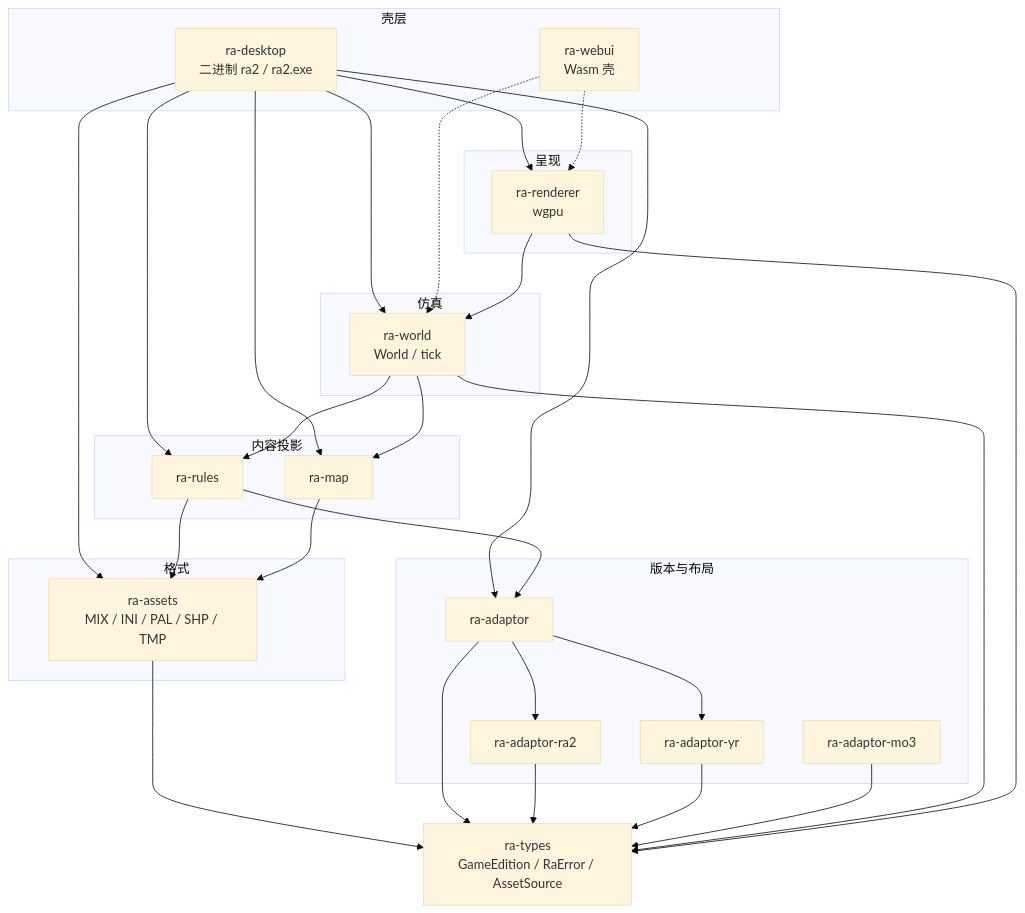
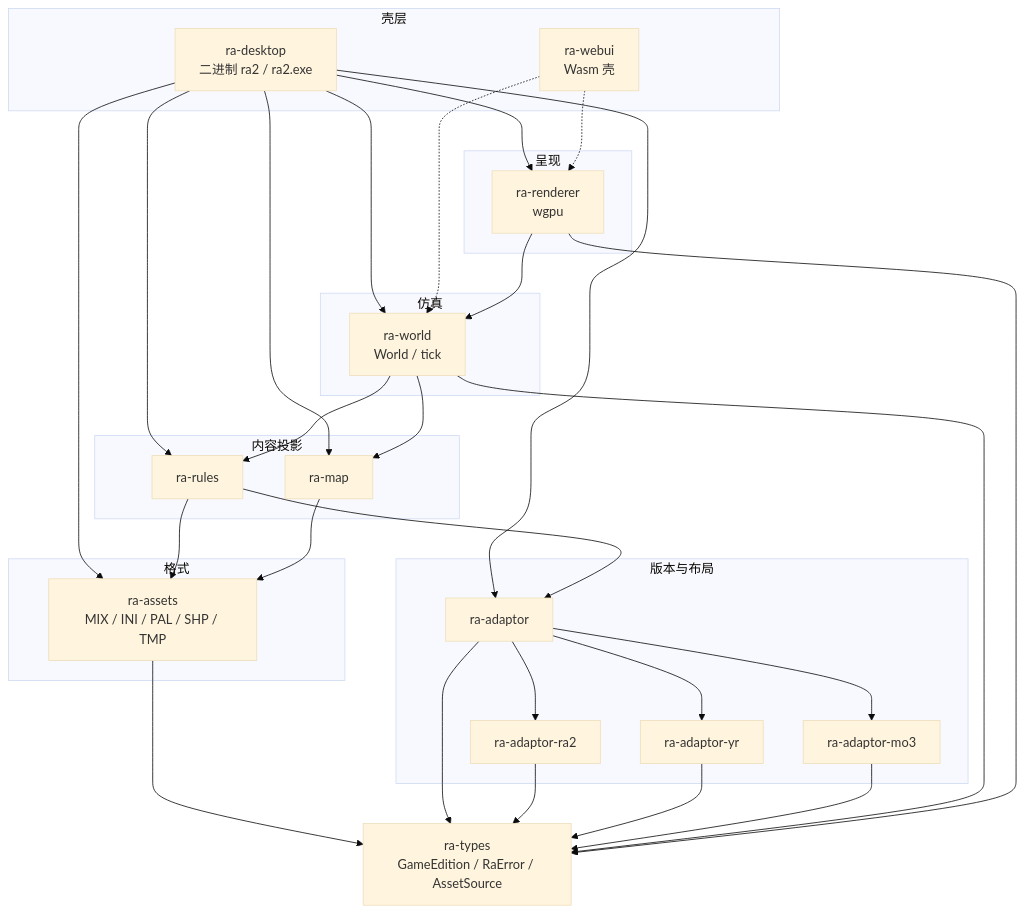
Before and after one commit to rust-alert/ra2.exe: the first of 3 diagrams in readme.md, drawn with Mermaid (base theme). The commit also changed other lines of this file and 12 other files, not shown here.

````diff
--- a/readme.md
+++ b/readme.md
@@ -17,56 +17,57 @@
 ```mermaid
 flowchart TB
     subgraph shells["壳层"]
         desktop["ra-desktop<br/>二进制 ra2 / ra2.exe"]
         webui["ra-webui<br/>Wasm 壳"]
     end
 
     subgraph present["呈现"]
         renderer["ra-renderer<br/>wgpu"]
     end
 
     subgraph sim["仿真"]
         world["ra-world<br/>World / tick"]
     end
 
     subgraph content["内容投影"]
         rules["ra-rules"]
         map["ra-map"]
     end
 
     subgraph formats["格式"]
         assets["ra-assets<br/>MIX / INI / PAL / SHP / TMP"]
     end
 
     subgraph adapt["版本与布局"]
         adaptor["ra-adaptor"]
         ra2tbl["ra-adaptor-ra2"]
         yrtbl["ra-adaptor-yr"]
         mo3["ra-adaptor-mo3"]
     end
 
     types["ra-types<br/>GameEdition / RaError / AssetSource"]
     desktop --> renderer
     desktop --> world
     desktop --> rules
     desktop --> map
     desktop --> assets
     desktop --> adaptor
     webui -.-> renderer
     webui -.-> world
     renderer --> world
     world --> rules
     world --> map
     rules --> adaptor
     rules --> assets
     map --> assets
     adaptor --> ra2tbl
     adaptor --> yrtbl
+    adaptor --> mo3
     assets --> types
     adaptor --> types
     ra2tbl --> types
     yrtbl --> types
     mo3 --> types
     world --> types
     renderer --> types
 ```
````
